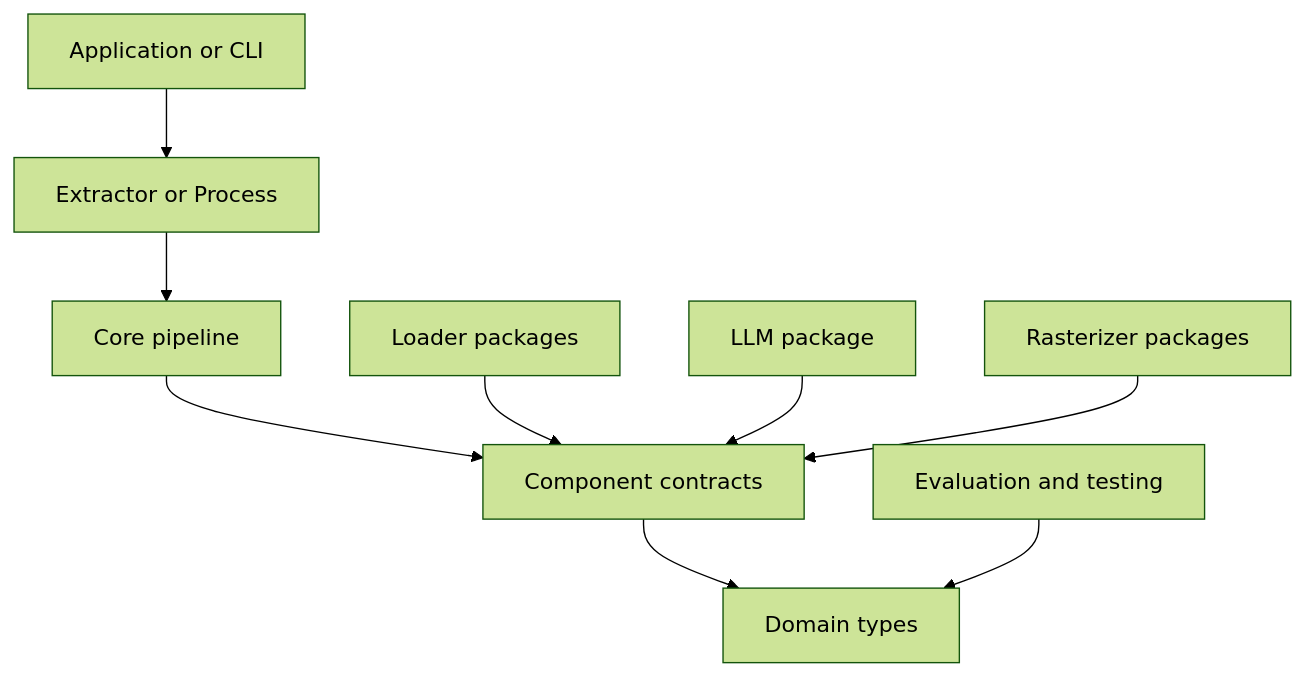
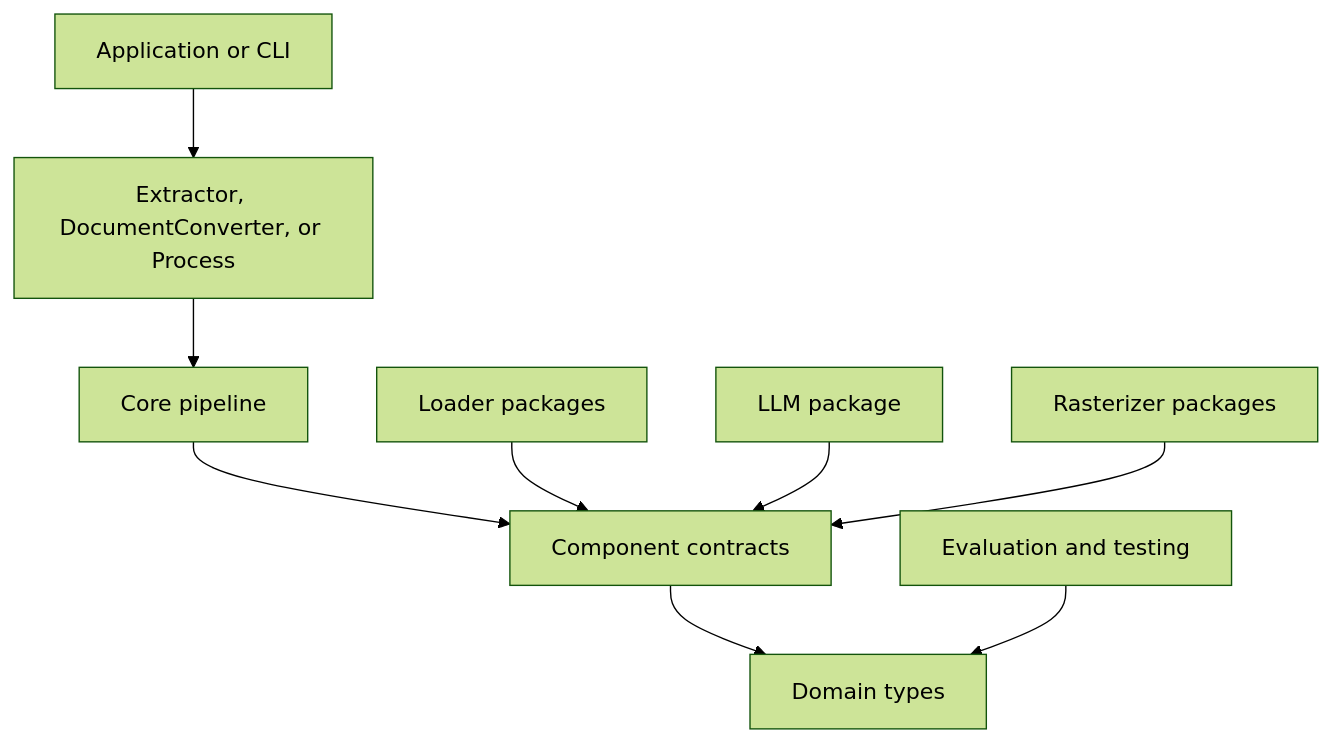
The diagram in apps/docs/content/docs/reference/architecture.mdx (YasielCabrera/docture), drawn with Mermaid (forest theme) before and after one commit. The commit also changed other lines of this file and 94 other files, not shown here.

````diff
--- a/apps/docs/content/docs/reference/architecture.mdx
+++ b/apps/docs/content/docs/reference/architecture.mdx
@@ -10,11 +10,11 @@
 ```mermaid
 flowchart TB
-  A[Application or CLI] --> B[Extractor or Process]
+  A[Application or CLI] --> B[Extractor, DocumentConverter, or Process]
   B --> C[Core pipeline]
   C --> D[Component contracts]
   D --> E[Domain types]
   F[Loader packages] --> D
   G[LLM package] --> D
   H[Rasterizer packages] --> D
   I[Evaluation and testing] --> E
 ```
````
